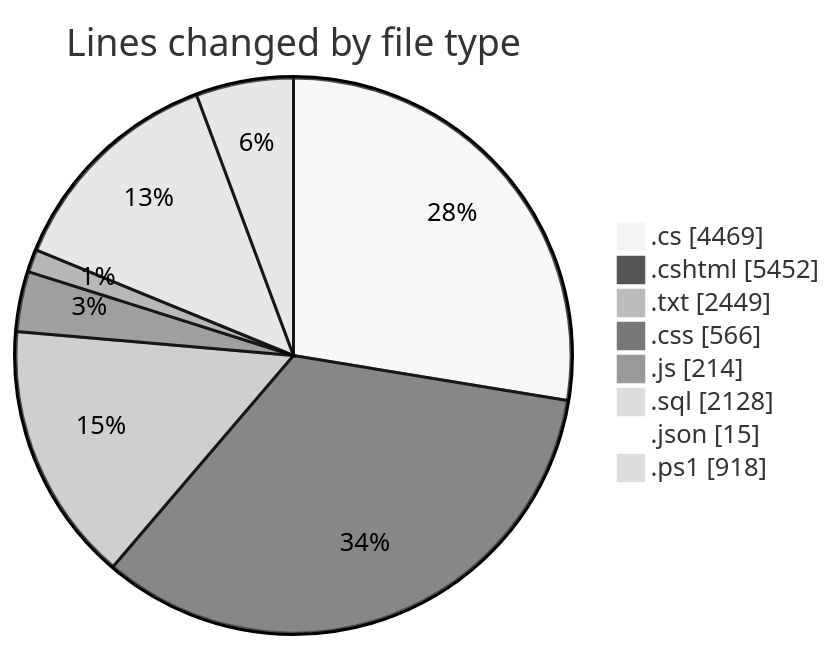
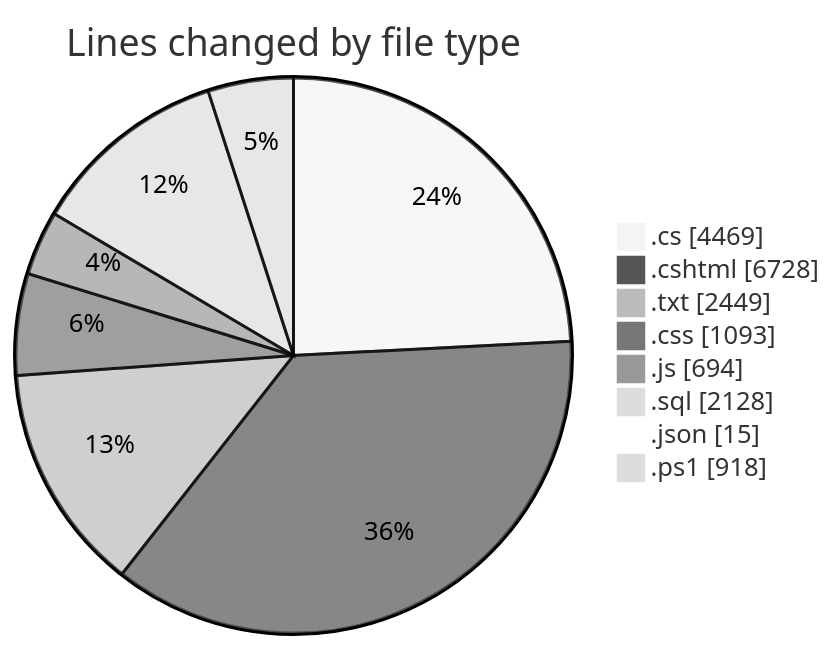
The first of 2 diagrams in 2025-07-28/quanlyrapchieuphim-1/README.md (lephambinh05/code-tracking), drawn with Mermaid (neutral theme) before and after one commit. The commit also changed other lines of this file and 1 other file, not shown here.

````diff
--- a/2025-07-28/quanlyrapchieuphim-1/README.md
+++ b/2025-07-28/quanlyrapchieuphim-1/README.md
@@ -71,12 +75,12 @@
 ```mermaid
 pie showData
 title Lines changed by file type
 ".cs" : 4469
-".cshtml" : 5452
+".cshtml" : 6728
 ".txt" : 2449
-".css" : 566
-".js" : 214
+".css" : 1093
+".js" : 694
 ".sql" : 2128
 ".json" : 15
 ".ps1" : 918
 ```
````
